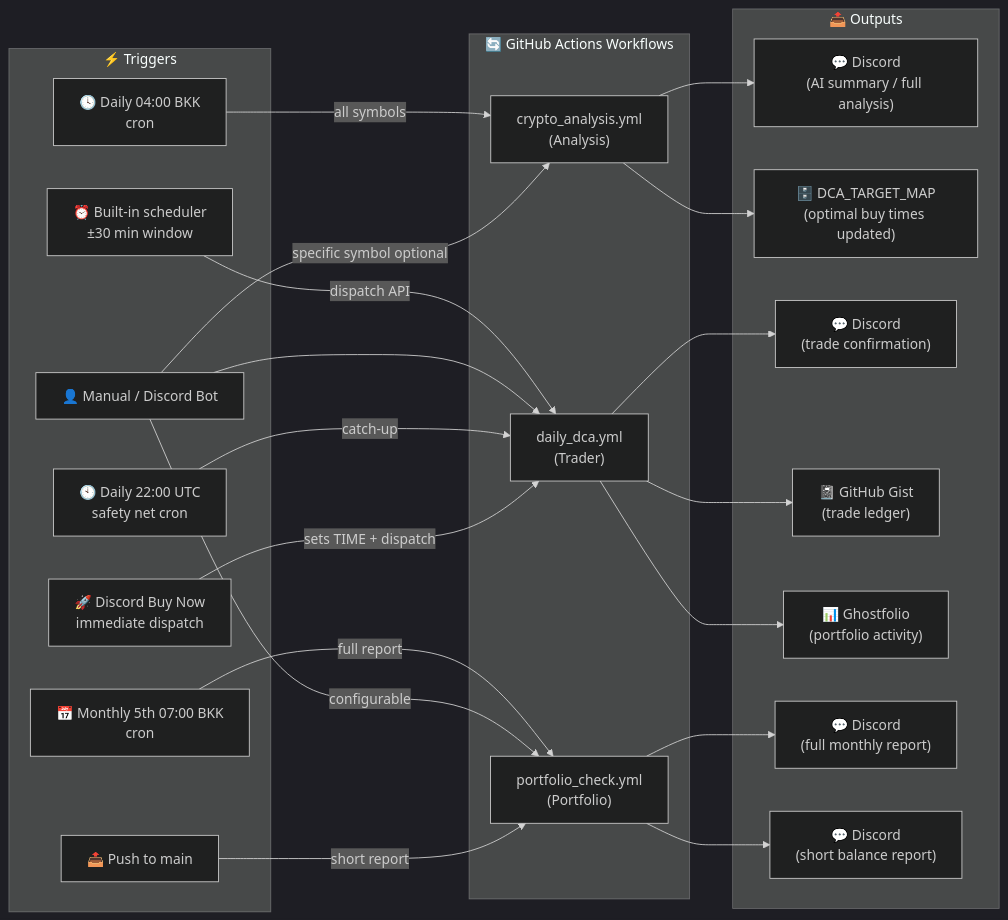
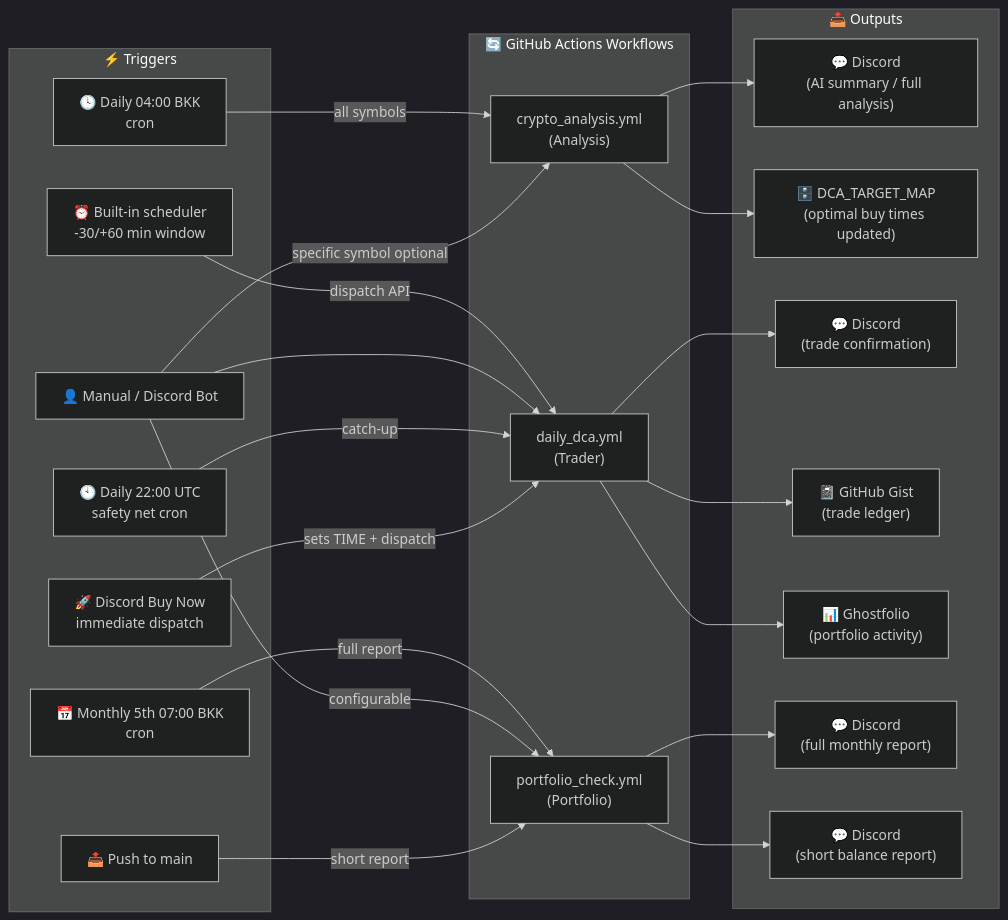
The first of 4 diagrams in README.md (AGuismo/DCA-Analysis), drawn with Mermaid (dark theme) before and after one commit. The commit also changed other lines of this file and 2 other files, not shown here.

Commit message:
fix: Update DCA scheduler window to -30/+60 minutes in documentation and bot logic

````diff
--- a/README.md
+++ b/README.md
@@ -25,47 +25,47 @@
 ```mermaid
 flowchart LR
     subgraph TRIGGERS["⚡ Triggers"]
         T1["🕓 Daily 04:00 BKK\ncron"]
         T2["📅 Monthly 5th 07:00 BKK\ncron"]
         T3["📤 Push to main"]
-        T4["⏰ Built-in scheduler\n±30 min window"]
+        T4["⏰ Built-in scheduler\n-30/+60 min window"]
         T5["👤 Manual / Discord Bot"]
         T6["🕙 Daily 22:00 UTC\nsafety net cron"]
         T7["🚀 Discord Buy Now\nimmediate dispatch"]
     end
 
     subgraph WORKFLOWS["🔄 GitHub Actions Workflows"]
         W1["crypto_analysis.yml\n(Analysis)"]
         W2["daily_dca.yml\n(Trader)"]
         W3["portfolio_check.yml\n(Portfolio)"]
     end
 
     subgraph OUTPUTS["📤 Outputs"]
         O1["💬 Discord\n(AI summary / full analysis)"]
         O2["🗄️ DCA_TARGET_MAP\n(optimal buy times updated)"]
         O3["💬 Discord\n(trade confirmation)"]
         O4["📓 GitHub Gist\n(trade ledger)"]
         O5["📊 Ghostfolio\n(portfolio activity)"]
         O6["💬 Discord\n(full monthly report)"]
         O7["💬 Discord\n(short balance report)"]
     end
 
     T1 -->|"all symbols"| W1
     T5 -->|"specific symbol optional"| W1
     W1 --> O1
     W1 --> O2
 
     T4 -->|"dispatch API"| W2
     T5 --> W2
     T6 -->|"catch-up"| W2
     T7 -->|"sets TIME + dispatch"| W2
     W2 --> O3
     W2 --> O4
     W2 --> O5
 
     T2 -->|"full report"| W3
     T5 -->|"configurable"| W3
     T3 -->|"short report"| W3
     W3 --> O6
     W3 --> O7
 ```
````
